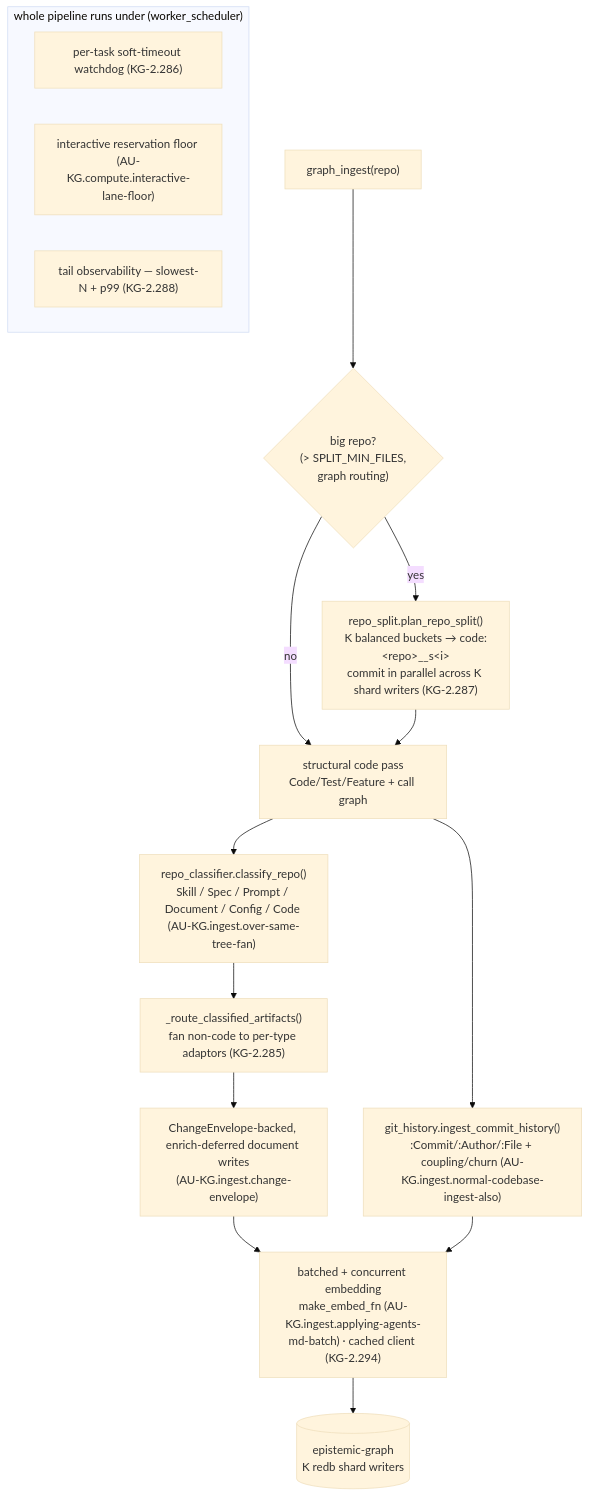
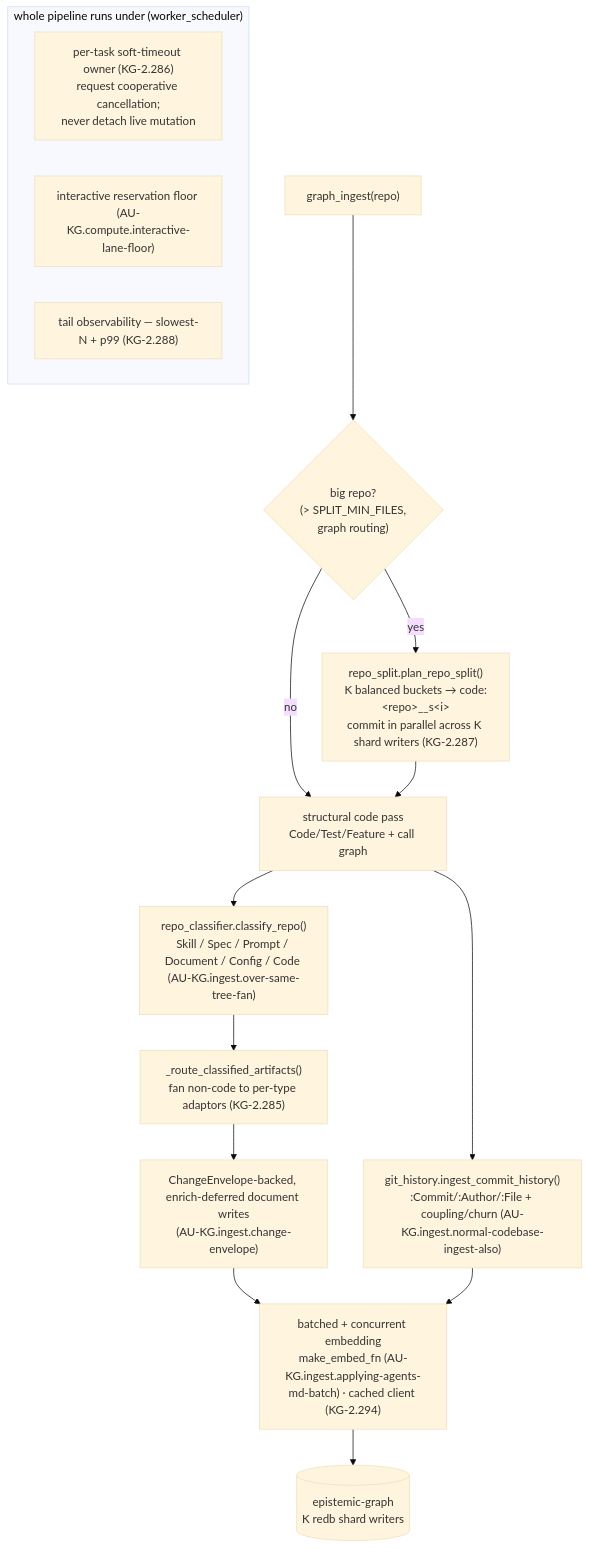
The diagram in docs/architecture/intelligent-ingestion.md (Knuckles-Team/agent-utilities), drawn with Mermaid (base theme) before and after one commit. The commit also changed other lines of this file and 13 other files, not shown here.

Commit message:
fix(graph): bound focused grounding and task timeout ownership

````diff
--- a/docs/architecture/intelligent-ingestion.md
+++ b/docs/architecture/intelligent-ingestion.md
@@ -20,20 +20,20 @@
 ```mermaid
 flowchart TB
     REPO["graph_ingest(repo)"] --> SPLIT{"big repo?<br/>(> SPLIT_MIN_FILES,<br/>graph routing)"}
     SPLIT -- yes --> FAN["repo_split.plan_repo_split()<br/>K balanced buckets → code:&lt;repo&gt;__s&lt;i&gt;<br/>commit in parallel across K shard writers (KG-2.287)"]
     SPLIT -- no --> STRUCT["structural code pass<br/>Code/Test/Feature + call graph"]
     FAN --> STRUCT
     STRUCT --> CLASS["repo_classifier.classify_repo()<br/>Skill / Spec / Prompt / Document / Config / Code (AU-KG.ingest.over-same-tree-fan)"]
     CLASS --> ROUTE["_route_classified_artifacts()<br/>fan non-code to per-type adaptors (KG-2.285)"]
     ROUTE --> DOCS["ChangeEnvelope-backed, enrich-deferred document writes<br/>(AU-KG.ingest.change-envelope)"]
     STRUCT --> HIST["git_history.ingest_commit_history()<br/>:Commit/:Author/:File + coupling/churn (AU-KG.ingest.normal-codebase-ingest-also)"]
     DOCS --> EMB["batched + concurrent embedding<br/>make_embed_fn (AU-KG.ingest.applying-agents-md-batch) · cached client (KG-2.294)"]
     HIST --> EMB
     EMB --> KG[("epistemic-graph<br/>K redb shard writers")]
 
     subgraph GUARDS["whole pipeline runs under (worker_scheduler)"]
-        T["per-task soft-timeout watchdog (KG-2.286)"]
+        T["per-task soft-timeout owner (KG-2.286)<br/>request cooperative cancellation;<br/>never detach live mutation"]
         R["interactive reservation floor (AU-KG.compute.interactive-lane-floor)"]
         O["tail observability — slowest-N + p99 (KG-2.288)"]
     end
 ```
````
